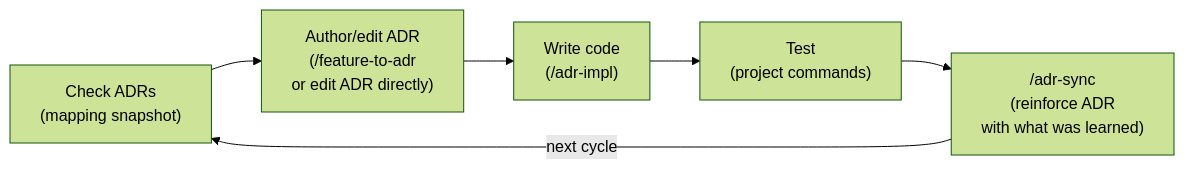
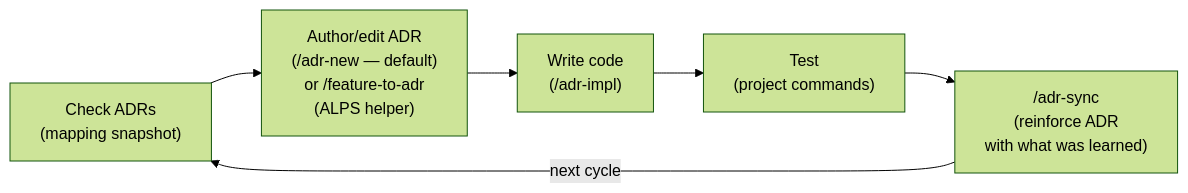
One commit to haandol/alps-writer-mcp changed the diagram in README.md. Above: the diagram before and after it, drawn with Mermaid (forest theme). The commit also changed other lines of this file and 12 other files, not shown here.

````diff
--- a/README.md
+++ b/README.md
@@ -55,8 +56,8 @@
 ```mermaid
 flowchart LR
-    A["Check ADRs<br/>(mapping snapshot)"] --> B["Author/edit ADR<br/>(/feature-to-adr<br/>or edit ADR directly)"]
+    A["Check ADRs<br/>(mapping snapshot)"] --> B["Author/edit ADR<br/>(/adr-new — default)<br/>or /feature-to-adr<br/>(ALPS helper)"]
     B --> C["Write code<br/>(/adr-impl)"]
     C --> D["Test<br/>(project commands)"]
     D --> E["/adr-sync<br/>(reinforce ADR<br/>with what was learned)"]
     E -->|next cycle| A
 ```
````
